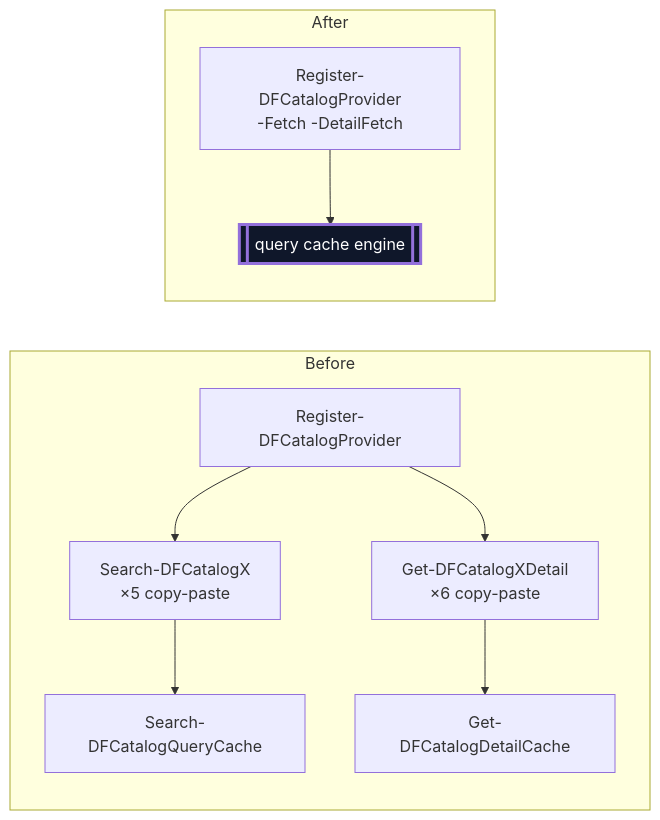
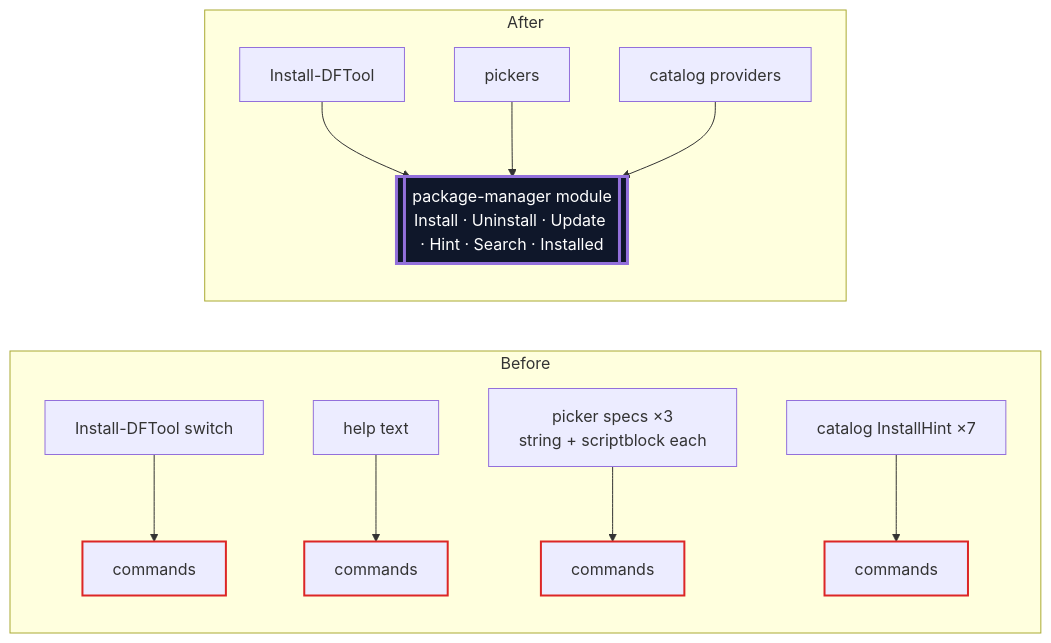
Before and after one commit to simsrw73/DotForge: the fifth of 6 diagrams in arch-imp-audit-(claude).md, drawn with Mermaid. The commit also changed other lines of this file and 2 other files, not shown here.

First line of the commit message:
docs: architecture review 2026-10-09 and opt-in tool selection spec

````diff
--- a/arch-imp-audit-(claude).md
+++ b/arch-imp-audit-(claude).md
@@ -271,14 +188,19 @@
 ```mermaid
 flowchart LR
   subgraph Before
-    R[Register-DFCatalogProvider] --> S[Search-DFCatalogX<br/>×5 copy-paste]
-    R --> D[Get-DFCatalogXDetail<br/>×6 copy-paste]
-    S --> Q[Search-DFCatalogQueryCache]
-    D --> DC[Get-DFCatalogDetailCache]
+    IN[Install-DFTool switch] --> X1[commands]
+    HL[help text] --> X2[commands]
+    PK[picker specs ×3<br/>string + scriptblock each] --> X3[commands]
+    CH[catalog InstallHint ×7] --> X4[commands]
+    classDef leak stroke:#dc2626,stroke-width:2px
+    class X1,X2,X3,X4 leak
   end
   subgraph After
-    R2["Register-DFCatalogProvider<br/>-Fetch -DetailFetch"] --> Q2[[query cache engine]]
-    classDef deep fill:#0f172a,color:#fff,stroke-width:3px;
-    class Q2 deep
+    PMR[[package-manager module<br/>Install · Uninstall · Update · Hint · Search · Installed]]
+    IN2[Install-DFTool] --> PMR
+    PK2[pickers] --> PMR
+    CAT2[catalog providers] --> PMR
+    classDef deep fill:#0f172a,color:#fff,stroke-width:3px
+    class PMR deep
   end
 ```
````
